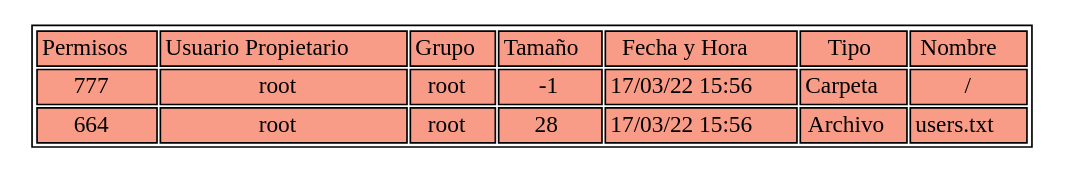
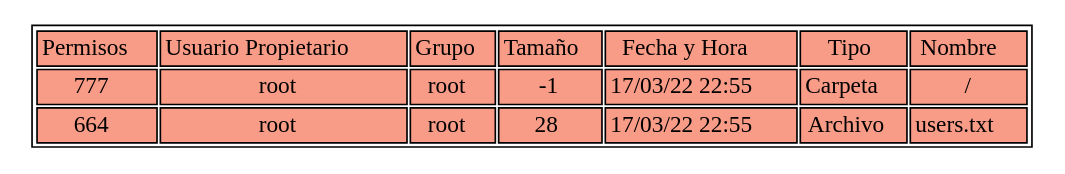
One commit to 2730538920101/P1_MIA_201709282 changed the diagram in Ls_report.dot. Above: the diagram before and after it, drawn with Graphviz. The commit also changed 14 other files, not shown here.

```diff
--- a/Ls_report.dot
+++ b/Ls_report.dot
@@ -1,33 +1,33 @@
 digraph d{
 i_3[ shape=plaintext label=<
 <table>
 <tr>
 <td bgcolor="#f99c87">Permisos</td>
 <td bgcolor="#f99c87">Usuario Propietario</td>
 <td bgcolor="#f99c87">Grupo</td>
 <td bgcolor="#f99c87">Tamaño</td>
 <td bgcolor="#f99c87">Fecha y Hora</td>
 <td bgcolor="#f99c87">Tipo</td>
 <td bgcolor="#f99c87">Nombre</td>
 </tr>
 <tr>
 <td bgcolor="#f99c87">777</td>
 <td bgcolor="#f99c87">root</td>
 <td bgcolor="#f99c87">root</td>
 <td bgcolor="#f99c87">-1</td>
-<td bgcolor="#f99c87">17/03/22 15:56</td>
+<td bgcolor="#f99c87">17/03/22 22:55</td>
 <td bgcolor="#f99c87">Carpeta</td>
 <td bgcolor="#f99c87">/</td>
 </tr>
 <tr>
 <td bgcolor="#f99c87">664</td>
 <td bgcolor="#f99c87">root</td>
 <td bgcolor="#f99c87">root</td>
 <td bgcolor="#f99c87">28</td>
-<td bgcolor="#f99c87">17/03/22 15:56</td>
+<td bgcolor="#f99c87">17/03/22 22:55</td>
 <td bgcolor="#f99c87">Archivo</td>
 <td bgcolor="#f99c87">users.txt</td>
 </tr>
 </table>
 >];
 }
```
